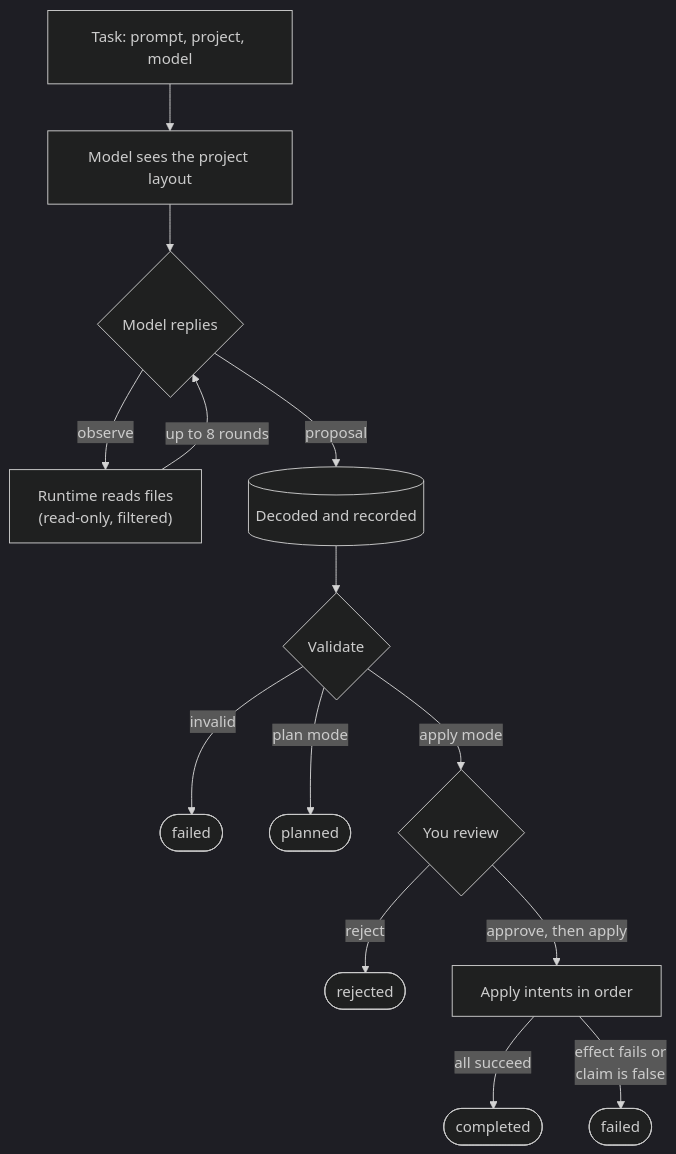
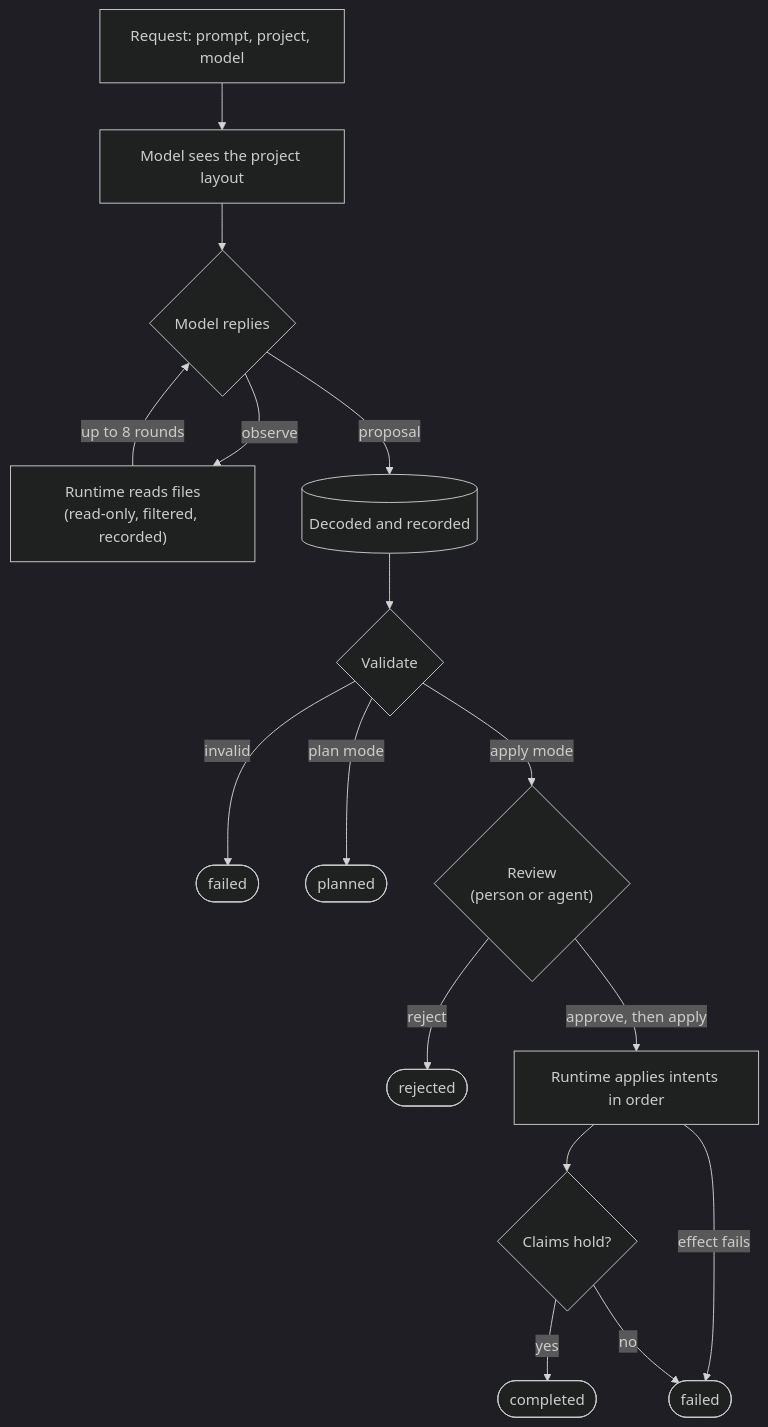
The diagram in README.md (santosh79/current), drawn with Mermaid (dark theme) before and after one commit. The commit also changed other lines of this file, not shown here.

````diff
--- a/README.md
+++ b/README.md
@@ -134,16 +331,18 @@
 ```mermaid
 flowchart TD
-    task["Task: prompt, project, model"] --> layout["Model sees the project layout"]
+    task["Request: prompt, project, model"] --> layout["Model sees the project layout"]
     layout --> reply{"Model replies"}
-    reply -- "observe" --> read["Runtime reads files<br/>(read-only, filtered)"]
+    reply -- "observe" --> read["Runtime reads files<br/>(read-only, filtered, recorded)"]
     read -- "up to 8 rounds" --> reply
     reply -- "proposal" --> recorded[("Decoded and recorded")]
     recorded --> validate{"Validate"}
     validate -- "invalid" --> failed1(["failed"])
     validate -- "plan mode" --> planned(["planned"])
-    validate -- "apply mode" --> review{"You review"}
+    validate -- "apply mode" --> review{"Review<br/>(person or agent)"}
     review -- "reject" --> rejected(["rejected"])
-    review -- "approve, then apply" --> apply["Apply intents in order"]
-    apply -- "all succeed" --> completed(["completed"])
-    apply -- "effect fails or<br/>claim is false" --> failed2(["failed"])
+    review -- "approve, then apply" --> apply["Runtime applies intents in order"]
+    apply --> verify{"Claims hold?"}
+    verify -- "yes" --> completed(["completed"])
+    apply -- "effect fails" --> failed2(["failed"])
+    verify -- "no" --> failed2
 ```
````
